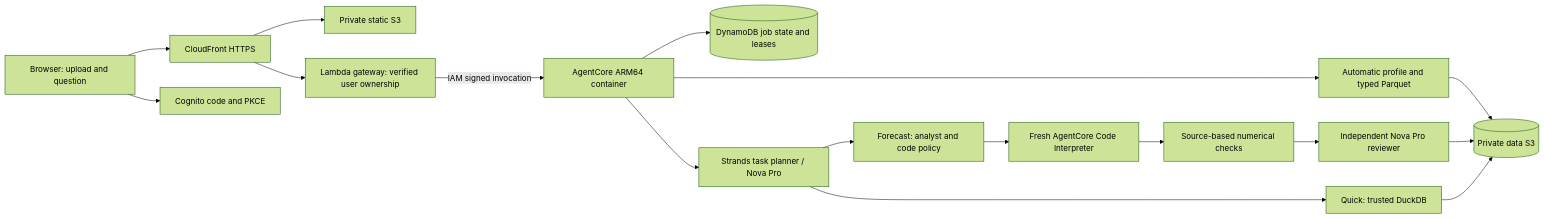
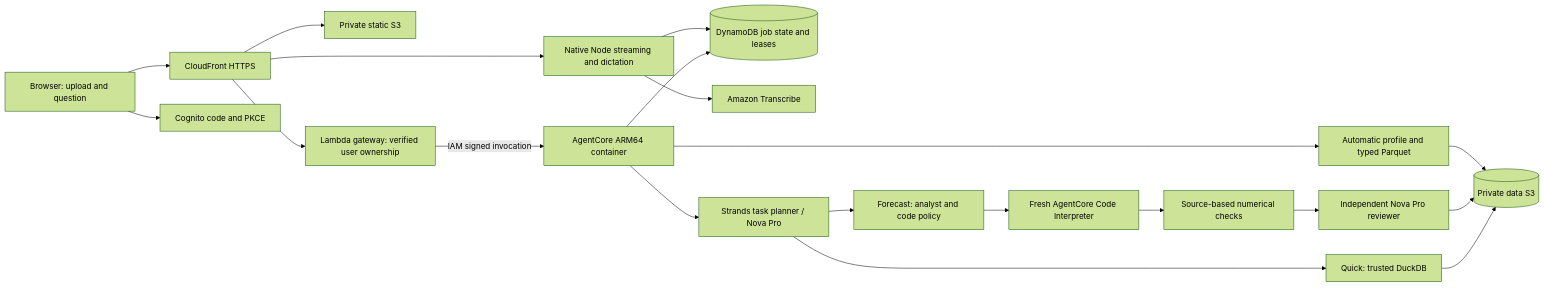
Before and after one commit to leducse/virtual-data-scientist: the diagram in project_context.md, drawn with Mermaid (forest theme). The commit also changed other lines of this file and 39 other files, not shown here.

````diff
--- a/project_context.md
+++ b/project_context.md
@@ -33,19 +34,22 @@
 ```mermaid
 flowchart LR
   B[Browser: upload and question] --> CDN[CloudFront HTTPS]
   B --> AUTH[Cognito code and PKCE]
   CDN --> W[Private static S3]
   CDN --> G[Lambda gateway: verified user ownership]
+  CDN --> STREAM[Native Node streaming and dictation]
+  STREAM --> STATE
+  STREAM --> TRANSCRIBE[Amazon Transcribe]
   G -->|IAM signed invocation| RUNTIME[AgentCore ARM64 container]
   RUNTIME --> P[Automatic profile and typed Parquet]
   P --> DATA[(Private data S3)]
   RUNTIME --> STATE[(DynamoDB job state and leases)]
   RUNTIME --> PLAN[Strands task planner / Nova Pro]
   PLAN --> Q[Quick: trusted DuckDB]
   PLAN --> A[Forecast: analyst and code policy]
   A --> CI[Fresh AgentCore Code Interpreter]
   CI --> V[Source-based numerical checks]
   V --> REVIEW[Independent Nova Pro reviewer]
   REVIEW --> DATA
   Q --> DATA
 ```
````
